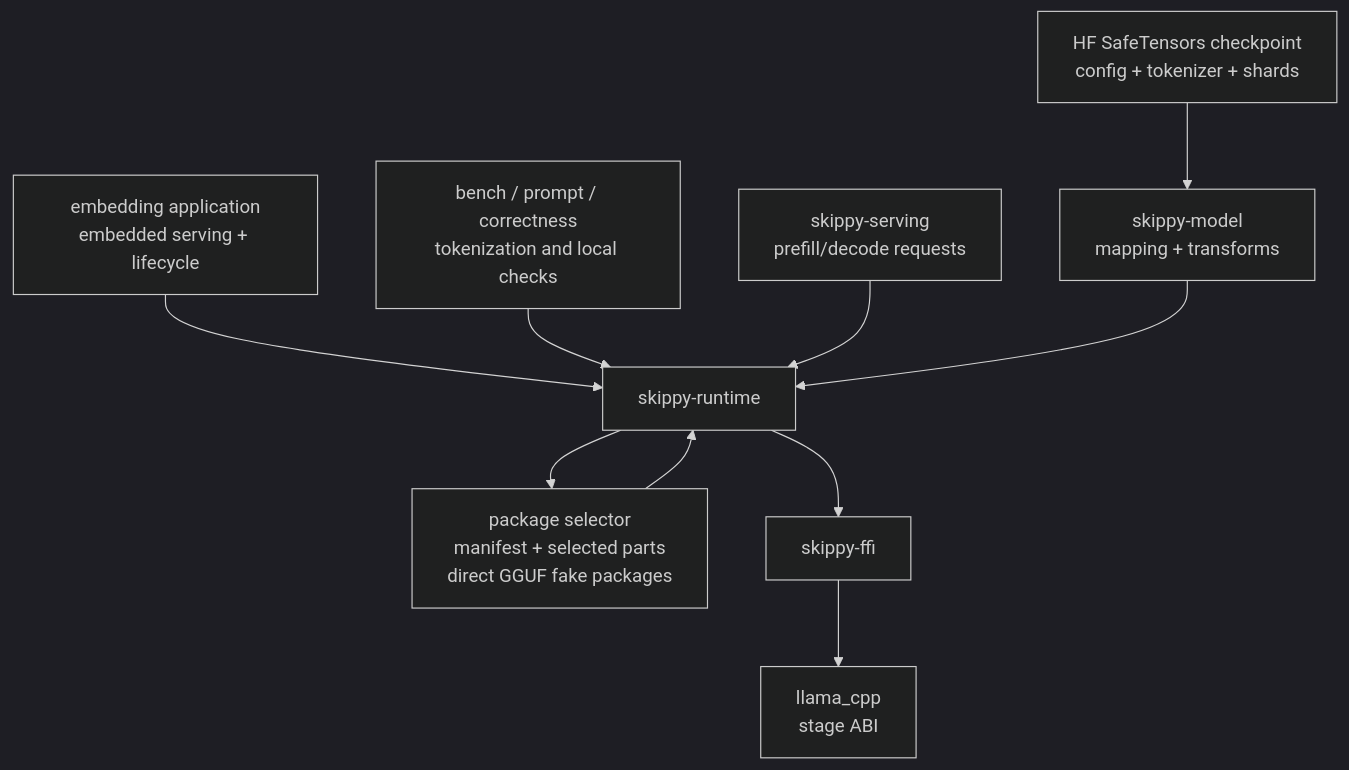
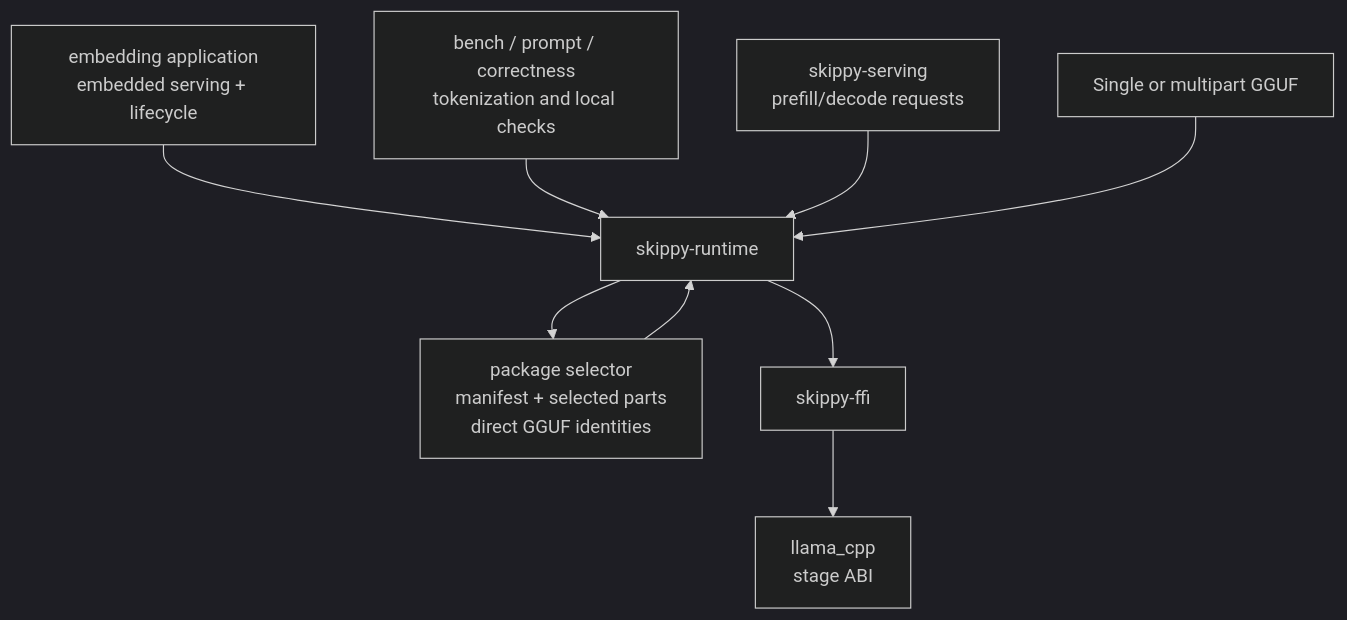
Before and after one commit to Mesh-LLM/skippy: the diagram in crates/skippy-runtime/README.md, drawn with Mermaid (dark theme). The commit also changed other lines of this file and 87 other files, not shown here.

````diff
--- a/crates/skippy-runtime/README.md
+++ b/crates/skippy-runtime/README.md
@@ -14,12 +14,11 @@
 ```mermaid
 flowchart TB
     Host["embedding application<br/>embedded serving + lifecycle"] --> R["skippy-runtime"]
     P["bench / prompt / correctness<br/>tokenization and local checks"] --> R
     S["skippy-serving<br/>prefill/decode requests"] --> R
-    ST["HF SafeTensors checkpoint<br/>config + tokenizer + shards"] --> M["skippy-model<br/>mapping + transforms"]
-    M --> R
-    R --> PS["package selector<br/>manifest + selected parts<br/>direct GGUF fake packages"]
+    G["Single or multipart GGUF"] --> R
+    R --> PS["package selector<br/>manifest + selected parts<br/>direct GGUF identities"]
     PS --> R
     R --> F["skippy-ffi"]
     F --> L["llama_cpp<br/>stage ABI"]
 ```
````
